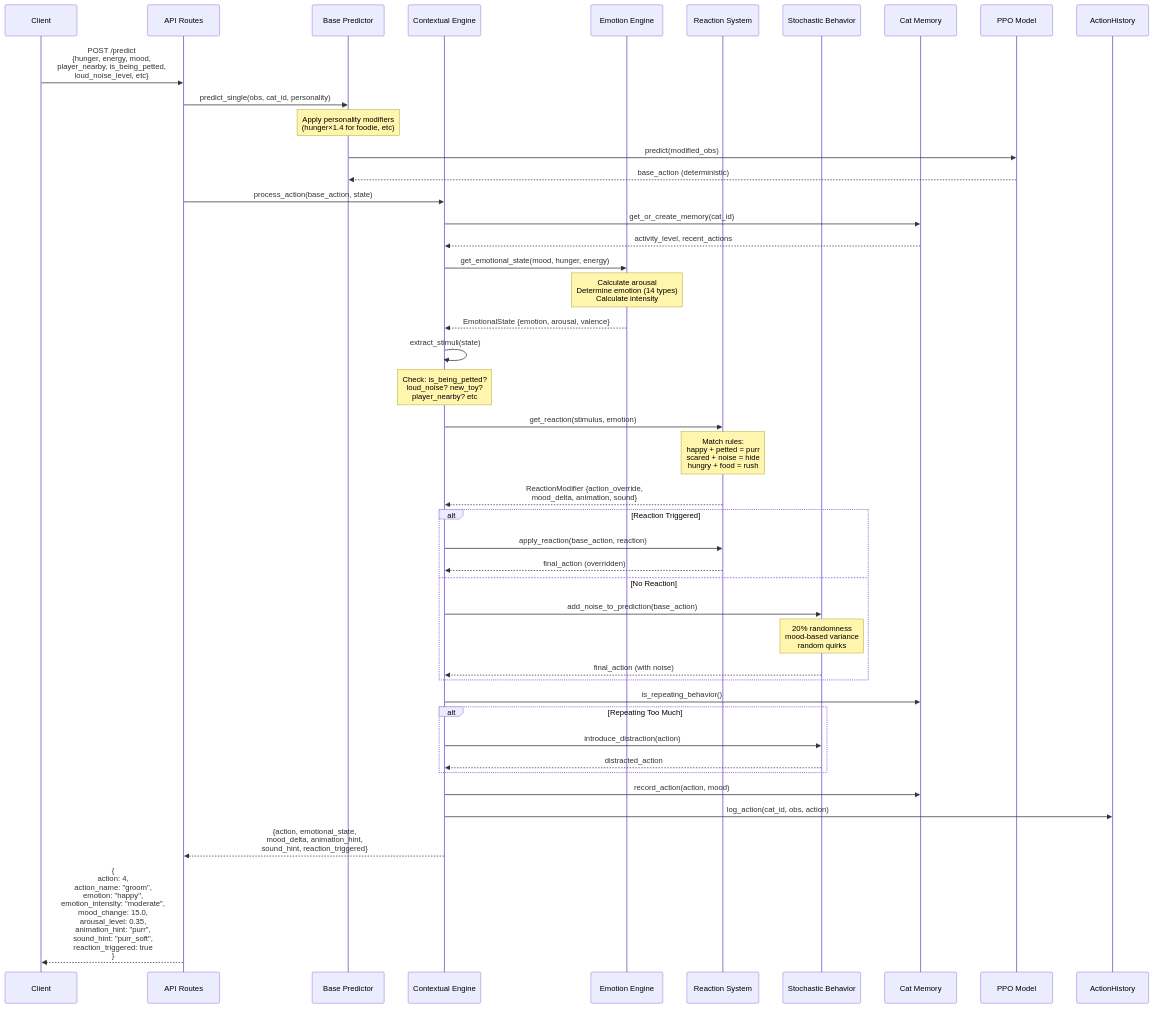
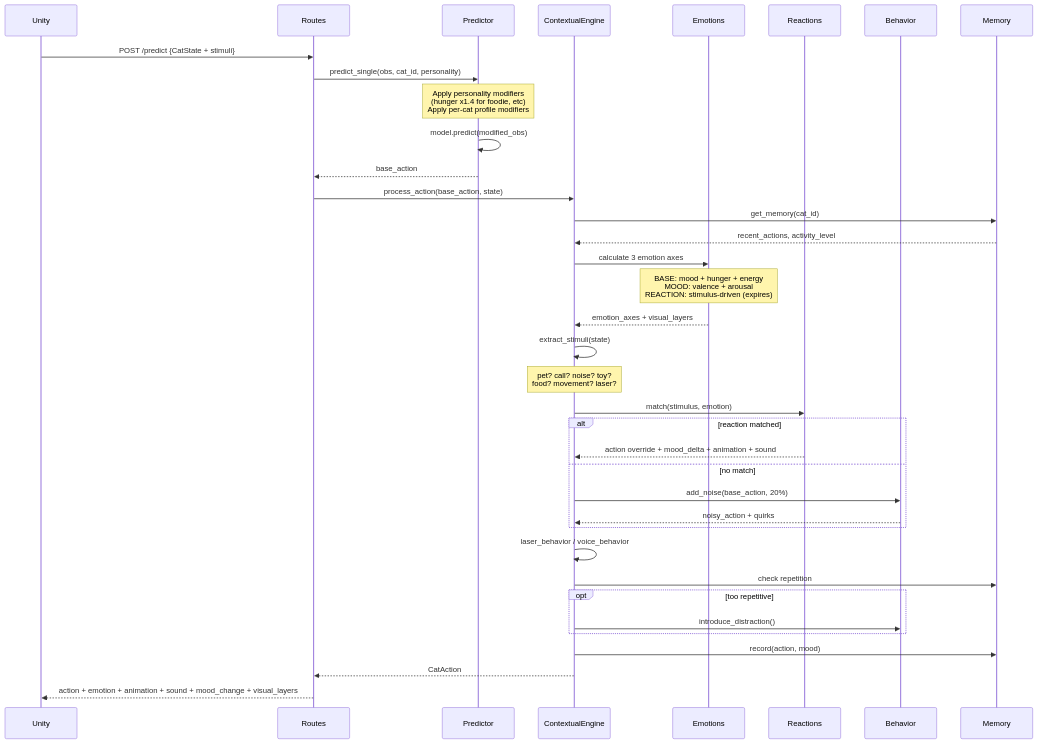
The second of 6 diagrams in README.md (tantaneity/cat-brain-service), drawn with Mermaid before and after one commit. The commit also changed other lines of this file, not shown here.

Commit message:
docs(readme): update architecture diagrams to match actual codebase

````diff
--- a/README.md
+++ b/README.md
@@ -98,59 +86,49 @@
 ```mermaid
 sequenceDiagram
-    participant Client
-    participant Routes as API Routes
-    participant Predictor as Base Predictor
-    participant ContextEngine as Contextual Engine
-    participant Emotions as Emotion Engine
-    participant Reactions as Reaction System
-    participant Behavior as Stochastic Behavior
-    participant Memory as Cat Memory
-    participant Model as PPO Model
-    participant History as ActionHistory
-    
-    Client->>Routes: POST /predict<br/>{hunger, energy, mood,<br/>player_nearby, is_being_petted,<br/>loud_noise_level, etc}
-    
-    Routes->>Predictor: predict_single(obs, cat_id, personality)
-    Note over Predictor: Apply personality modifiers<br/>(hunger×1.4 for foodie, etc)
-    
-    Predictor->>Model: predict(modified_obs)
-    Model-->>Predictor: base_action (deterministic)
-    
-    Routes->>ContextEngine: process_action(base_action, state)
-    
-    ContextEngine->>Memory: get_or_create_memory(cat_id)
-    Memory-->>ContextEngine: activity_level, recent_actions
-    
-    ContextEngine->>Emotions: get_emotional_state(mood, hunger, energy)
-    Note over Emotions: Calculate arousal<br/>Determine emotion (14 types)<br/>Calculate intensity
-    Emotions-->>ContextEngine: EmotionalState {emotion, arousal, valence}
-    
-    ContextEngine->>ContextEngine: extract_stimuli(state)
-    Note over ContextEngine: Check: is_being_petted?<br/>loud_noise? new_toy?<br/>player_nearby? etc
-    
-    ContextEngine->>Reactions: get_reaction(stimulus, emotion)
-    Note over Reactions: Match rules:<br/>happy + petted = purr<br/>scared + noise = hide<br/>hungry + food = rush
-    Reactions-->>ContextEngine: ReactionModifier {action_override,<br/>mood_delta, animation, sound}
-    
-    alt Reaction Triggered
-        ContextEngine->>Reactions: apply_reaction(base_action, reaction)
-        Reactions-->>ContextEngine: final_action (overridden)
-    else No Reaction
-        ContextEngine->>Behavior: add_noise_to_prediction(base_action)
-        Note over Behavior: 20% randomness<br/>mood-based variance<br/>random quirks
-        Behavior-->>ContextEngine: final_action (with noise)
+    participant U as Unity
+    participant R as Routes
+    participant P as Predictor
+    participant C as ContextualEngine
+    participant E as Emotions
+    participant X as Reactions
+    participant B as Behavior
+    participant M as Memory
+
+    U->>R: POST /predict {CatState + stimuli}
+
+    R->>P: predict_single(obs, cat_id, personality)
+    Note over P: Apply personality modifiers<br/>(hunger x1.4 for foodie, etc)<br/>Apply per-cat profile modifiers
+    P->>P: model.predict(modified_obs)
+    P-->>R: base_action
+
+    R->>C: process_action(base_action, state)
+    C->>M: get_memory(cat_id)
+    M-->>C: recent_actions, activity_level
+
+    C->>E: calculate 3 emotion axes
+    Note over E: BASE: mood + hunger + energy<br/>MOOD: valence + arousal<br/>REACTION: stimulus-driven (expires)
+    E-->>C: emotion_axes + visual_layers
+
+    C->>C: extract_stimuli(state)
+    Note over C: pet? call? noise? toy?<br/>food? movement? laser?
+
+    C->>X: match(stimulus, emotion)
+
+    alt reaction matched
+        X-->>C: action override + mood_delta + animation + sound
+    else no match
+        C->>B: add_noise(base_action, 20%)
+        B-->>C: noisy_action + quirks
     end
-    
-    ContextEngine->>Memory: is_repeating_behavior()
-    alt Repeating Too Much
-        ContextEngine->>Behavior: introduce_distraction(action)
-        Behavior-->>ContextEngine: distracted_action
+
+    C->>C: laser_behavior / voice_behavior
+    C->>M: check repetition
+    opt too repetitive
+        C->>B: introduce_distraction()
     end
-    
-    ContextEngine->>Memory: record_action(action, mood)
-    ContextEngine->>History: log_action(cat_id, obs, action)
-    
-    ContextEngine-->>Routes: {action, emotional_state,<br/>mood_delta, animation_hint,<br/>sound_hint, reaction_triggered}
-    
-    Routes-->>Client: {<br/>  action: 4,<br/>  action_name: "groom",<br/>  emotion: "happy",<br/>  emotion_intensity: "moderate",<br/>  mood_change: 15.0,<br/>  arousal_level: 0.35,<br/>  animation_hint: "purr",<br/>  sound_hint: "purr_soft",<br/>  reaction_triggered: true<br/>}
+
+    C->>M: record(action, mood)
+    C-->>R: CatAction
+
+    R-->>U: action + emotion + animation + sound + mood_change + visual_layers
 ```
````
